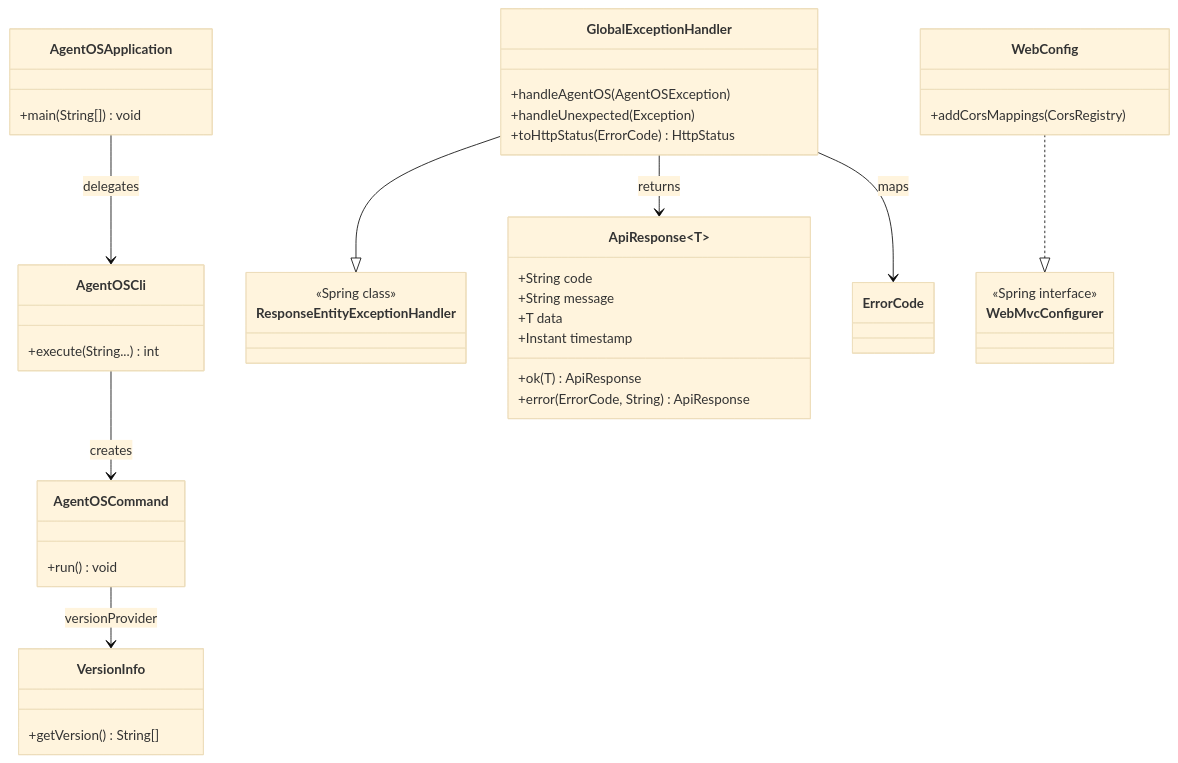
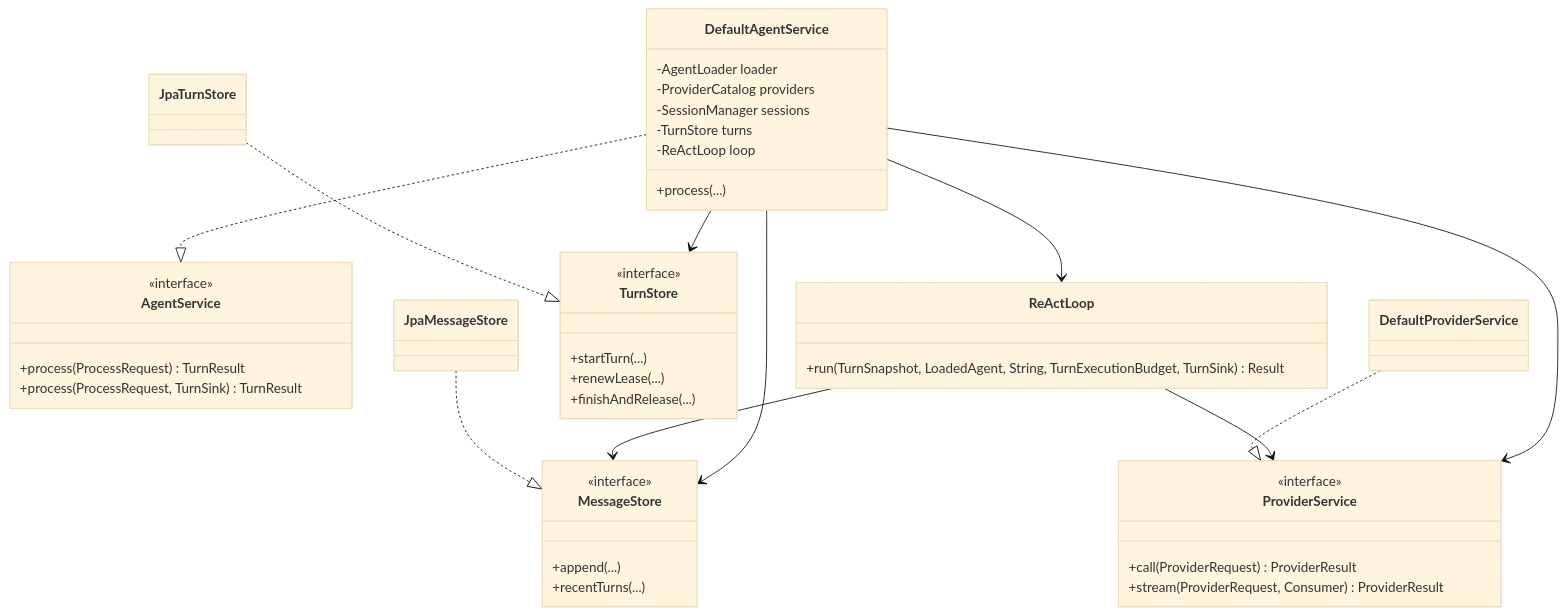
Before and after one commit to wangkaiqistart/agent-os: the second of 4 diagrams in docs/code-reading/ClassStructure.md, drawn with Mermaid (base theme). The commit also changed other lines of this file and 10 other files, not shown here.

Commit message:
docs(code-reading): 更新模块导读并新增 Spring 学习指南

````diff
--- a/docs/code-reading/ClassStructure.md
+++ b/docs/code-reading/ClassStructure.md
@@ -282,53 +42,49 @@
 ```mermaid
 classDiagram
-    class AgentOSApplication {
-        +main(String[]) void
+    class AgentService {
+        <<interface>>
+        +process(ProcessRequest) TurnResult
+        +process(ProcessRequest, TurnSink) TurnResult
     }
+    class DefaultAgentService {
+        -AgentLoader loader
+        -ProviderCatalog providers
+        -SessionManager sessions
+        -TurnStore turns
+        -ReActLoop loop
+        +process(...)
+    }
+    class ReActLoop {
+        +run(TurnSnapshot, LoadedAgent, String, TurnExecutionBudget, TurnSink) Result
+    }
+    class ProviderService {
+        <<interface>>
+        +call(ProviderRequest) ProviderResult
+        +stream(ProviderRequest, Consumer) ProviderResult
+    }
+    class TurnStore {
+        <<interface>>
+        +startTurn(...)
+        +renewLease(...)
+        +finishAndRelease(...)
+    }
+    class MessageStore {
+        <<interface>>
+        +append(...)
+        +recentTurns(...)
+    }
+    class DefaultProviderService
+    class JpaTurnStore
+    class JpaMessageStore
 
-    class AgentOSCli {
-        +execute(String...) int
-    }
-
-    class AgentOSCommand {
-        +run() void
-    }
-
-    class VersionInfo {
-        +getVersion() String[]
-    }
-
-    class ApiResponse~T~ {
-        +String code
-        +String message
-        +T data
-        +Instant timestamp
-        +ok(T) ApiResponse
-        +error(ErrorCode, String) ApiResponse
-    }
-
-    class GlobalExceptionHandler {
-        +handleAgentOS(AgentOSException)
-        +handleUnexpected(Exception)
-        +toHttpStatus(ErrorCode) HttpStatus
-    }
-
-    class WebConfig {
-        +addCorsMappings(CorsRegistry)
-    }
-
-    class ResponseEntityExceptionHandler {
-        <<Spring class>>
-    }
-
-    class WebMvcConfigurer {
-        <<Spring interface>>
-    }
-
-    AgentOSApplication --> AgentOSCli : delegates
-    AgentOSCli --> AgentOSCommand : creates
-    AgentOSCommand --> VersionInfo : versionProvider
-    GlobalExceptionHandler --|> ResponseEntityExceptionHandler
-    GlobalExceptionHandler --> ApiResponse : returns
-    GlobalExceptionHandler --> ErrorCode : maps
-    WebConfig ..|> WebMvcConfigurer
+    DefaultAgentService ..|> AgentService
+    DefaultAgentService --> ReActLoop
+    DefaultAgentService --> TurnStore
+    DefaultAgentService --> MessageStore
+    DefaultAgentService --> ProviderService
+    ReActLoop --> ProviderService
+    ReActLoop --> MessageStore
+    DefaultProviderService ..|> ProviderService
+    JpaTurnStore ..|> TurnStore
+    JpaMessageStore ..|> MessageStore
 ```
````
